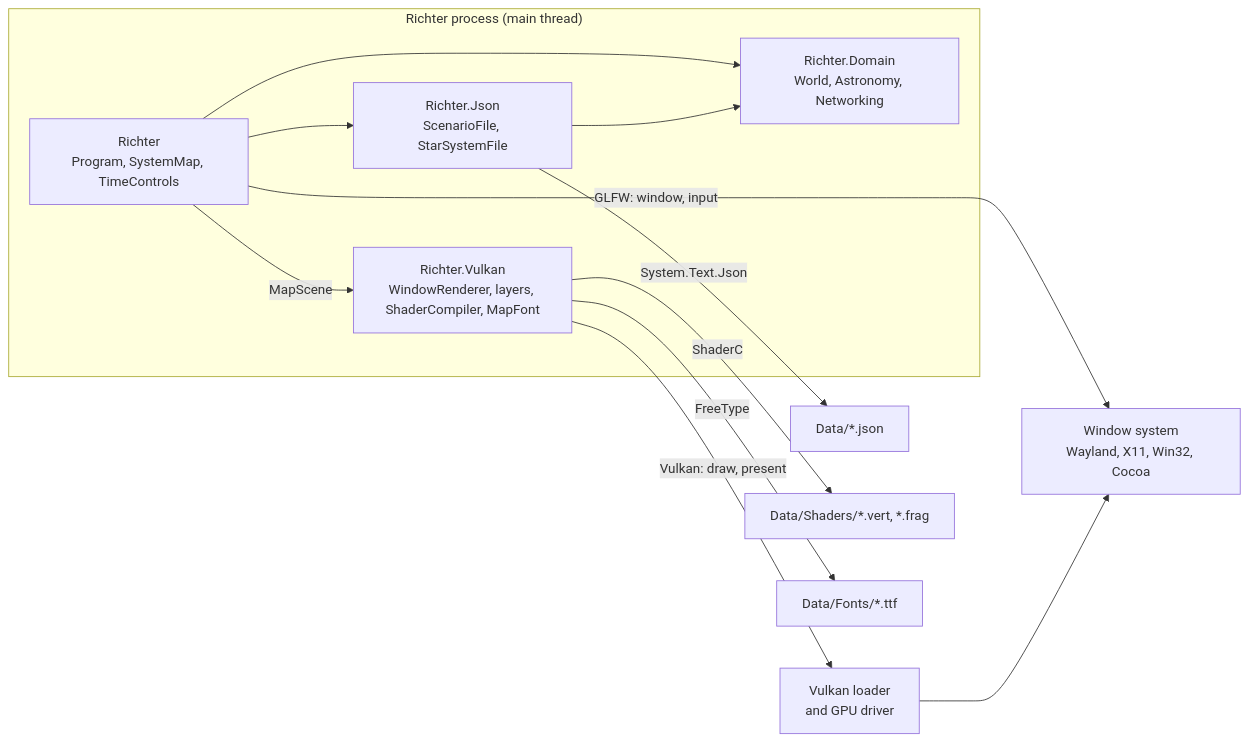
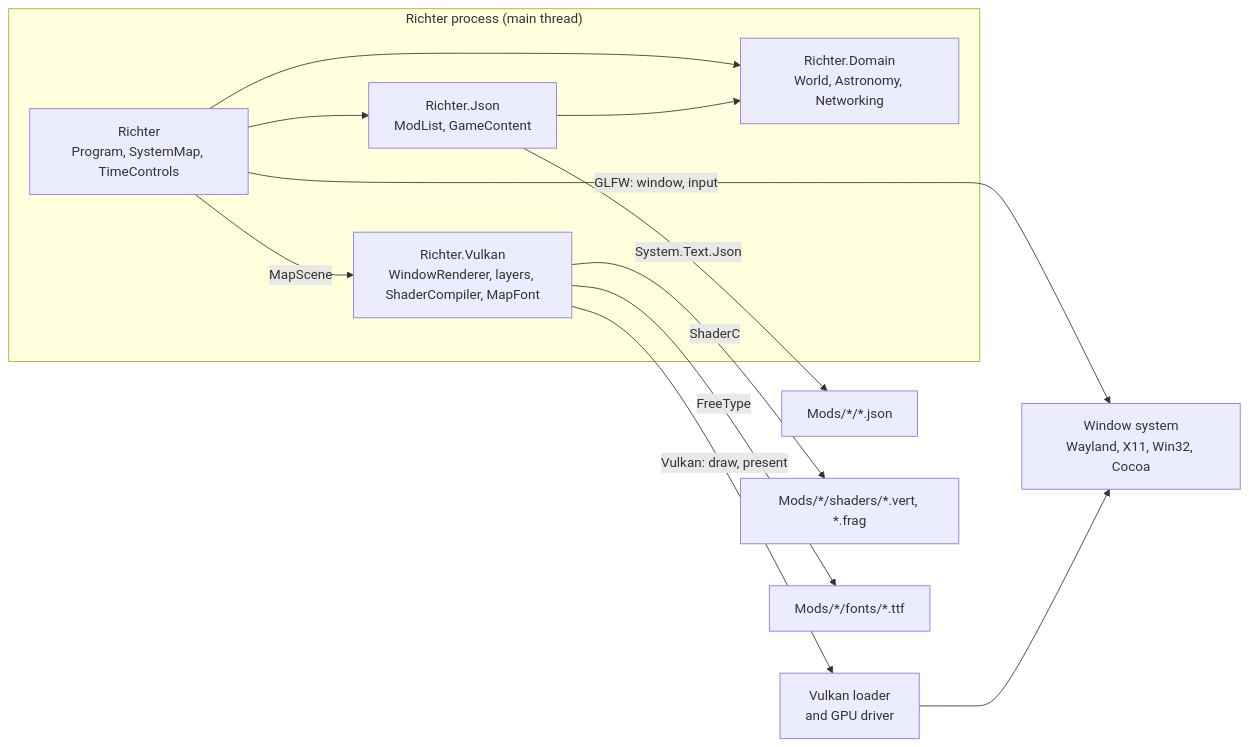
One commit to NoWhenItEnds/Richter changed the diagram in docs/architecture.md. Above: the diagram before and after it, drawn with Mermaid. The commit also changed other lines of this file and 65 other files, not shown here.

````diff
--- a/docs/architecture.md
+++ b/docs/architecture.md
@@ -13,19 +13,19 @@
 ```mermaid
 flowchart LR
     subgraph richter["Richter process (main thread)"]
         host["Richter<br/>Program, SystemMap, TimeControls"]
         vulkan["Richter.Vulkan<br/>WindowRenderer, layers, ShaderCompiler, MapFont"]
         domain["Richter.Domain<br/>World, Astronomy, Networking"]
-        json["Richter.Json<br/>ScenarioFile, StarSystemFile"]
+        json["Richter.Json<br/>ModList, GameContent"]
     end
     host -->|"MapScene"| vulkan
     host --> domain
     host --> json
     json --> domain
-    json -->|"System.Text.Json"| data["Data/*.json"]
-    vulkan -->|"ShaderC"| shaders["Data/Shaders/*.vert, *.frag"]
-    vulkan -->|"FreeType"| fonts["Data/Fonts/*.ttf"]
+    json -->|"System.Text.Json"| data["Mods/*/*.json"]
+    vulkan -->|"ShaderC"| shaders["Mods/*/shaders/*.vert, *.frag"]
+    vulkan -->|"FreeType"| fonts["Mods/*/fonts/*.ttf"]
     host -->|"GLFW: window, input"| ws["Window system<br/>Wayland, X11, Win32, Cocoa"]
     vulkan -->|"Vulkan: draw, present"| gpu["Vulkan loader<br/>and GPU driver"]
     gpu --> ws
 ```
````
